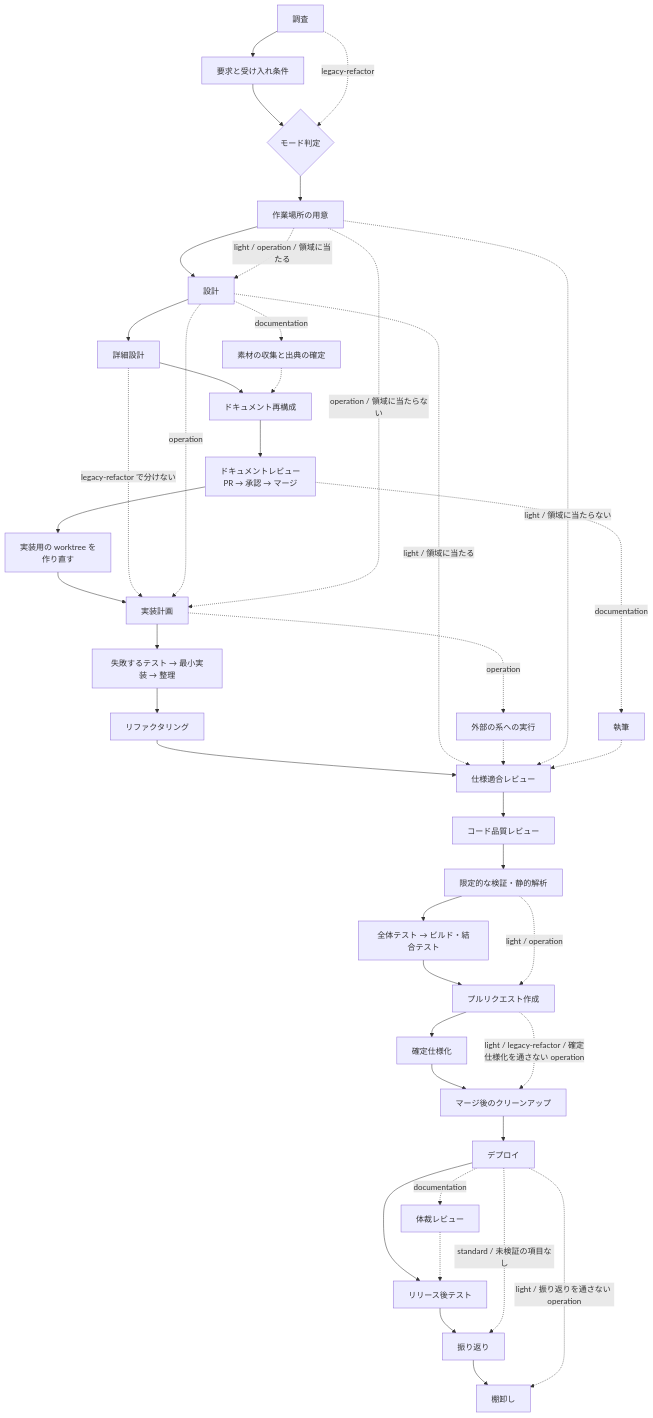
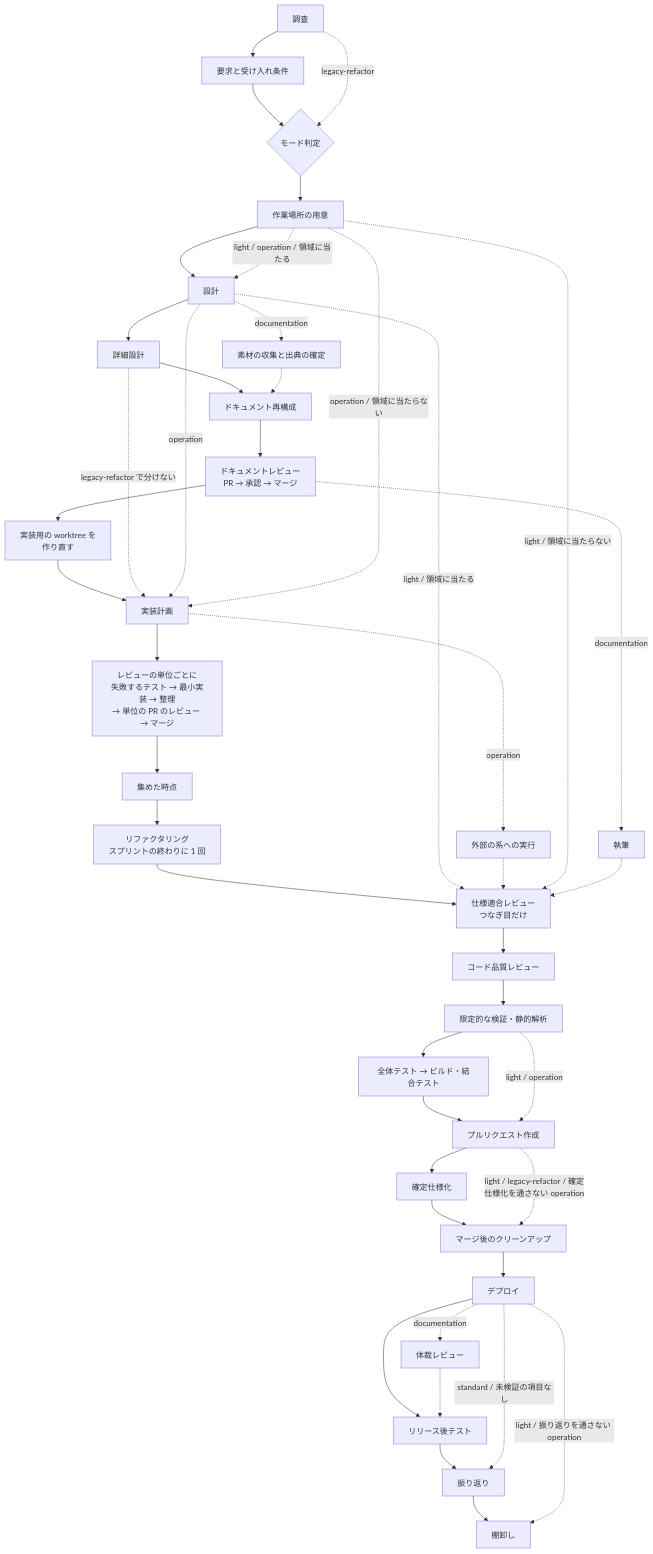
One commit to devbasex/ai-plugins changed the diagram in plugins/ndf/skills/development-workflow/references/workflow-modes.md. Above: the diagram before and after it, drawn with Mermaid. The commit also changed other lines of this file and 12 other files, not shown here.

````diff
--- a/plugins/ndf/skills/development-workflow/references/workflow-modes.md
+++ b/plugins/ndf/skills/development-workflow/references/workflow-modes.md
@@ -92,43 +92,44 @@
 ```mermaid
 flowchart TD
     A[調査] --> B[要求と受け入れ条件]
     B --> D{モード判定}
     D --> S[作業場所の用意]
     S --> C[設計]
     C --> DD[詳細設計]
     DD --> DR[ドキュメント再構成]
     DR --> F[ドキュメントレビュー<br/>PR → 承認 → マージ]
     F --> W[実装用の worktree を<br/>作り直す]
     W --> G[実装計画]
-    G --> H[失敗するテスト → 最小実装 → 整理]
-    H --> R[リファクタリング]
-    R --> I[仕様適合レビュー]
+    G --> H[レビューの単位ごとに<br/>失敗するテスト → 最小実装 → 整理<br/>→ 単位の PR のレビュー → マージ]
+    H --> GA[集めた時点]
+    GA --> R[リファクタリング<br/>スプリントの終わりに 1 回]
+    R --> I[仕様適合レビュー<br/>つなぎ目だけ]
     I --> J[コード品質レビュー]
     J --> K[限定的な検証・静的解析]
     K --> N[全体テスト → ビルド・結合テスト]
     N --> L[プルリクエスト作成]
     L --> M[確定仕様化]
     M --> P[マージ後のクリーンアップ]
     P --> RL[デプロイ]
     RL --> Q[リリース後テスト]
     Q --> T[振り返り] --> BR[棚卸し]
     RL -.->|standard / 未検証の項目なし| T
     A -.->|legacy-refactor| D
     DD -.->|"legacy-refactor で分けない"| G
     C -.->|operation| G
     C -.->|"light / 領域に当たる"| I
     S -.->|"operation / 領域に当たらない"| G
     S -.->|"light / operation / 領域に当たる"| C
     G -.->|operation| X[外部の系への実行]
     X -.-> I
     S -.->|"light / 領域に当たらない"| I
     K -.->|light / operation| L
     L -.->|light / legacy-refactor / 確定仕様化を通さない operation| P
     RL -.->|light / 振り返りを通さない operation| BR
     C -.->|documentation| SR[素材の収集と出典の確定]
     SR -.-> DR
     F -.->|documentation| DW[執筆]
     DW -.-> I
     RL -.->|documentation| LR[体裁レビュー]
     LR -.-> Q
 ```
````
